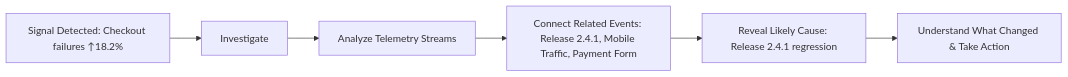
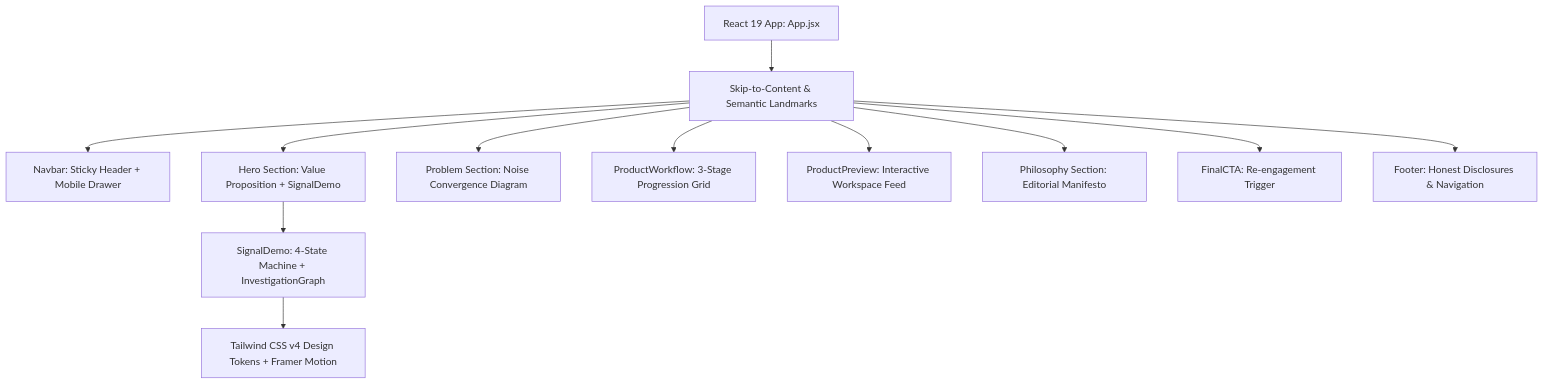
The third of 7 diagrams in DECISIONS.md (Yuvraj264/Signal-Acdyon-company-), drawn with Mermaid before and after one commit. The commit also changed other lines of this file and 4 other files, not shown here.

````diff
--- a/DECISIONS.md
+++ b/DECISIONS.md
@@ -195,8 +94,14 @@
 ```mermaid
-flowchart LR
-    A[Signal Detected: Checkout failures ↑18.2%] --> B[Investigate]
-    B --> C[Analyze Telemetry Streams]
-    C --> D[Connect Related Events: Release 2.4.1, Mobile Traffic, Payment Form]
-    D --> E[Reveal Likely Cause: Release 2.4.1 regression]
-    E --> F[Understand What Changed & Take Action]
+flowchart TD
+    A[React 19 App: App.jsx] --> B[Skip-to-Content & Semantic Landmarks]
+    B --> C[Navbar: Sticky Header + Mobile Drawer]
+    B --> D[Hero Section: Value Proposition + SignalDemo]
+    D --> E[SignalDemo: 4-State Machine + InvestigationGraph]
+    B --> F[Problem Section: Noise Convergence Diagram]
+    B --> G[ProductWorkflow: 3-Stage Progression Grid]
+    B --> H[ProductPreview: Interactive Workspace Feed]
+    B --> I[Philosophy Section: Editorial Manifesto]
+    B --> J[FinalCTA: Re-engagement Trigger]
+    B --> K[Footer: Honest Disclosures & Navigation]
+    E --> L[Tailwind CSS v4 Design Tokens + Framer Motion]
 ```
````
